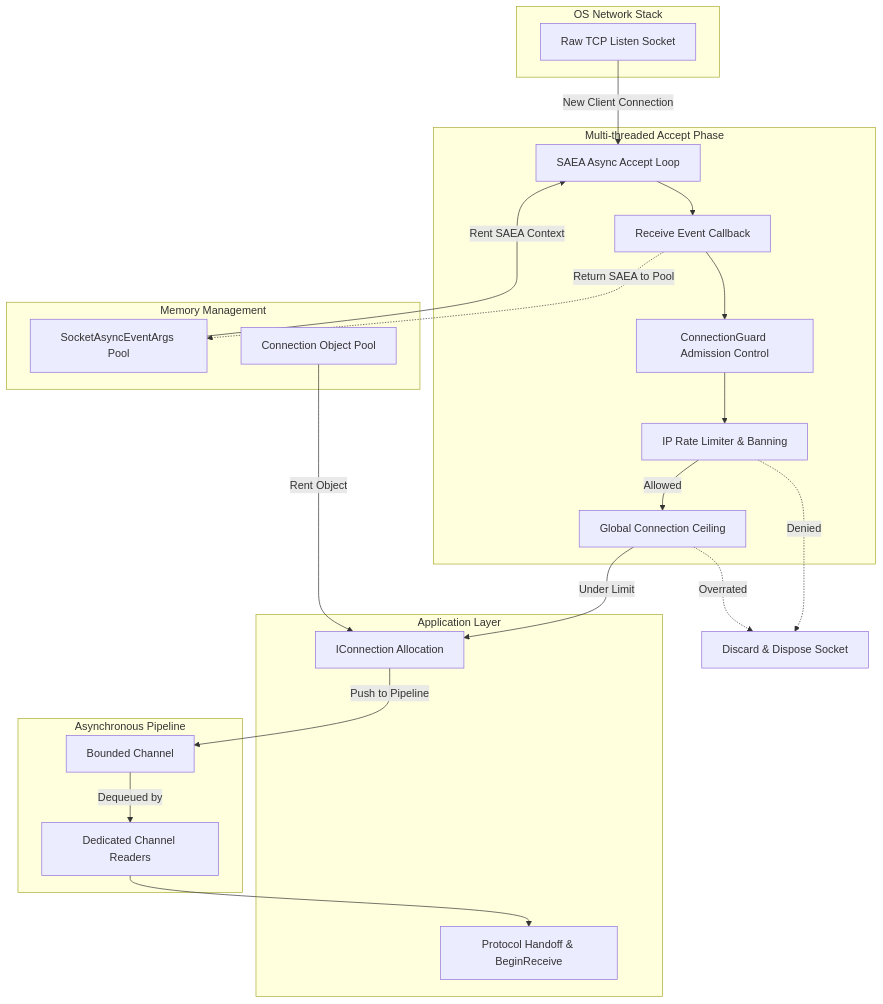
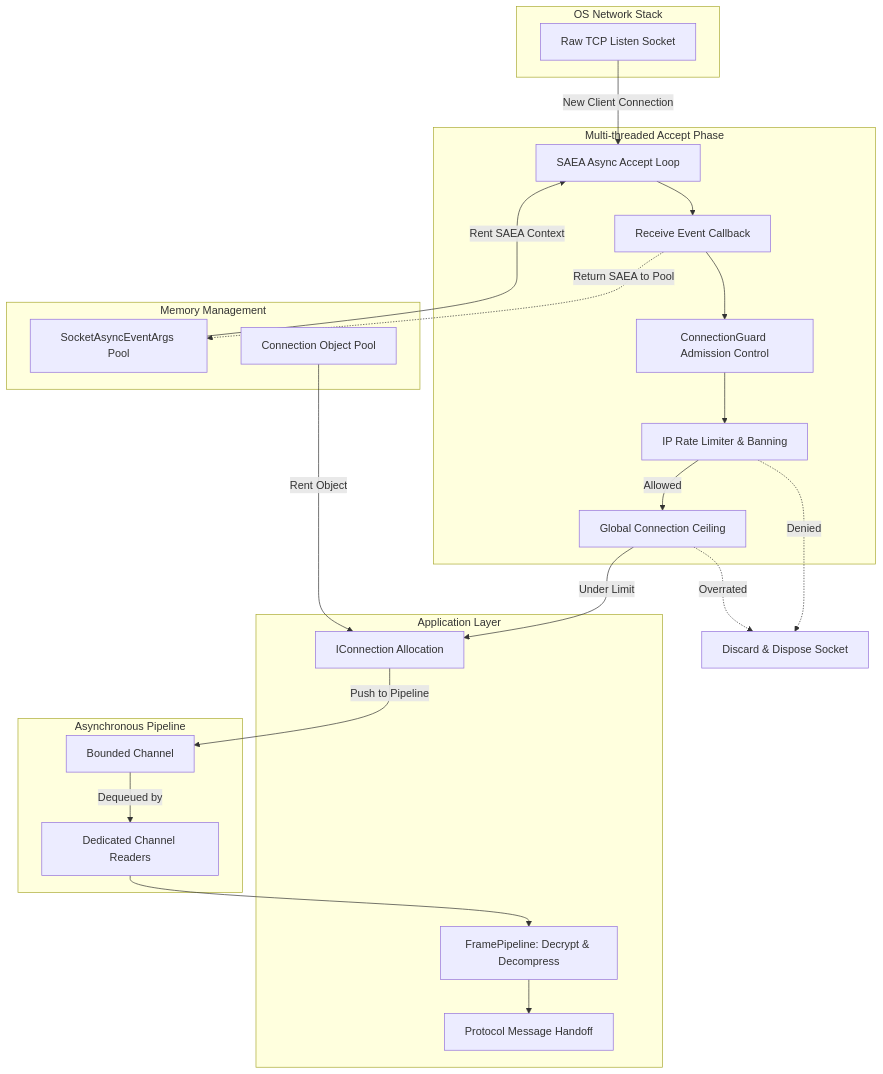
Before and after one commit to ppn-systems/Nalix: the diagram in docs/api/network/tcp-listener.md, drawn with Mermaid. The commit also changed other lines of this file and 179 other files, not shown here.

First line of the commit message:
refactor: IProtocol and FramePipeline (#86)

````diff
--- a/docs/api/network/tcp-listener.md
+++ b/docs/api/network/tcp-listener.md
@@ -14,47 +14,49 @@
 ```mermaid
 flowchart TD
     subgraph OS[OS Network Stack]
         Raw[Raw TCP Listen Socket]
     end
 
     subgraph Pools[Memory Management]
         SAEA[SocketAsyncEventArgs Pool]
         Leases[Connection Object Pool]
     end
 
     subgraph AcceptPhase[Multi-threaded Accept Phase]
         Loop[SAEA Async Accept Loop]
         Callback[Receive Event Callback]
         Guard[ConnectionGuard Admission Control]
         GuardIP[IP Rate Limiter & Banning]
         GuardCount[Global Connection Ceiling]
     end
 
     subgraph ChannelPhase[Asynchronous Pipeline]
         BoundedQueue[Bounded Channel]
         Workers[Dedicated Channel Readers]
     end
 
     subgraph ApplicationPhase[Application Layer]
         Init[IConnection Allocation]
-        Protocol[Protocol Handoff & BeginReceive]
+        BufferPipe[FramePipeline: Decrypt & Decompress]
+        Protocol[Protocol Message Handoff]
     end
 
     Raw -->|New Client Connection| Loop
     SAEA -->|Rent SAEA Context| Loop
     Loop --> Callback
     Callback -.->|Return SAEA to Pool| SAEA
     
     Callback --> Guard
     Guard --> GuardIP
     GuardIP -->|Allowed| GuardCount
     GuardIP -.->|Denied| Drop[Discard & Dispose Socket]
     GuardCount -->|Under Limit| Init
     GuardCount -.->|Overrated| Drop
     
     Leases -->|Rent Object| Init
     Init -->|Push to Pipeline| BoundedQueue
     
     BoundedQueue -->|Dequeued by| Workers
-    Workers --> Protocol
+    Workers --> BufferPipe
+    BufferPipe --> Protocol
 ```
````
